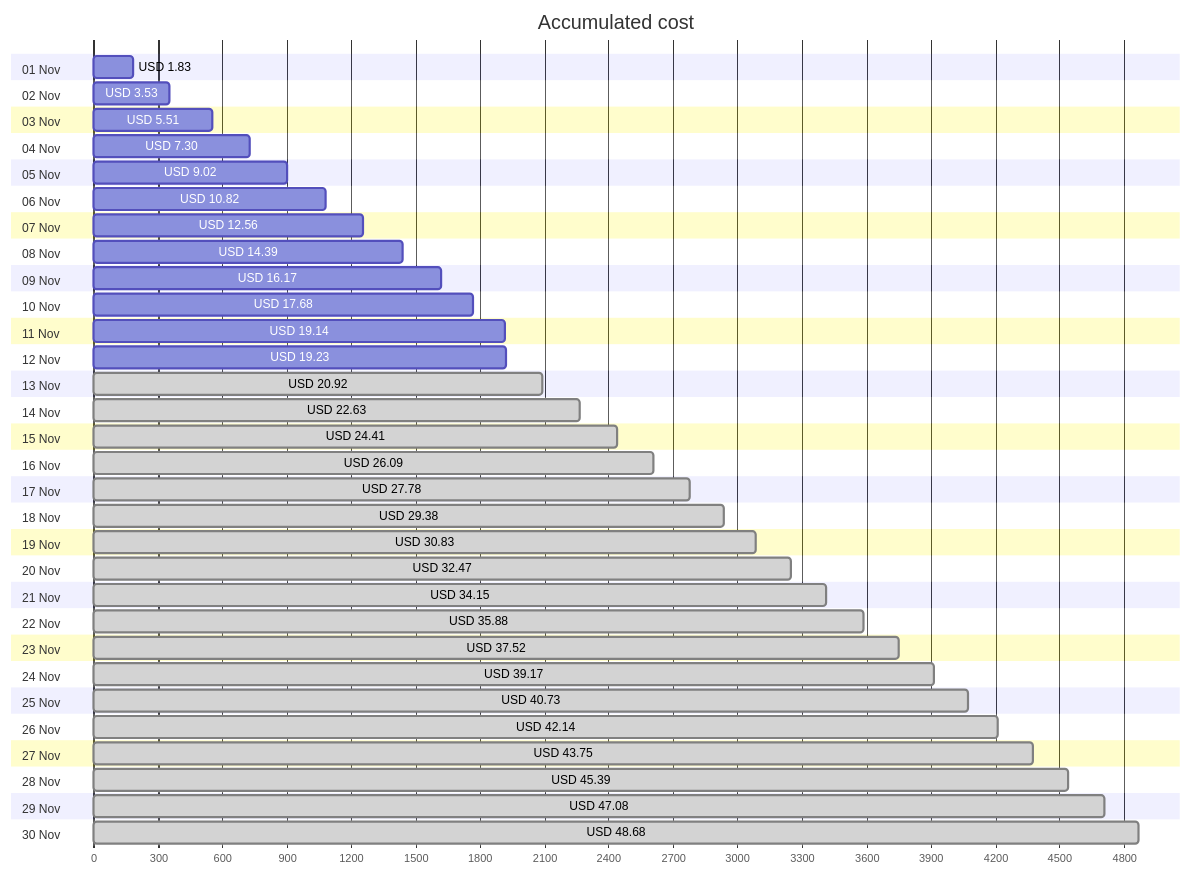
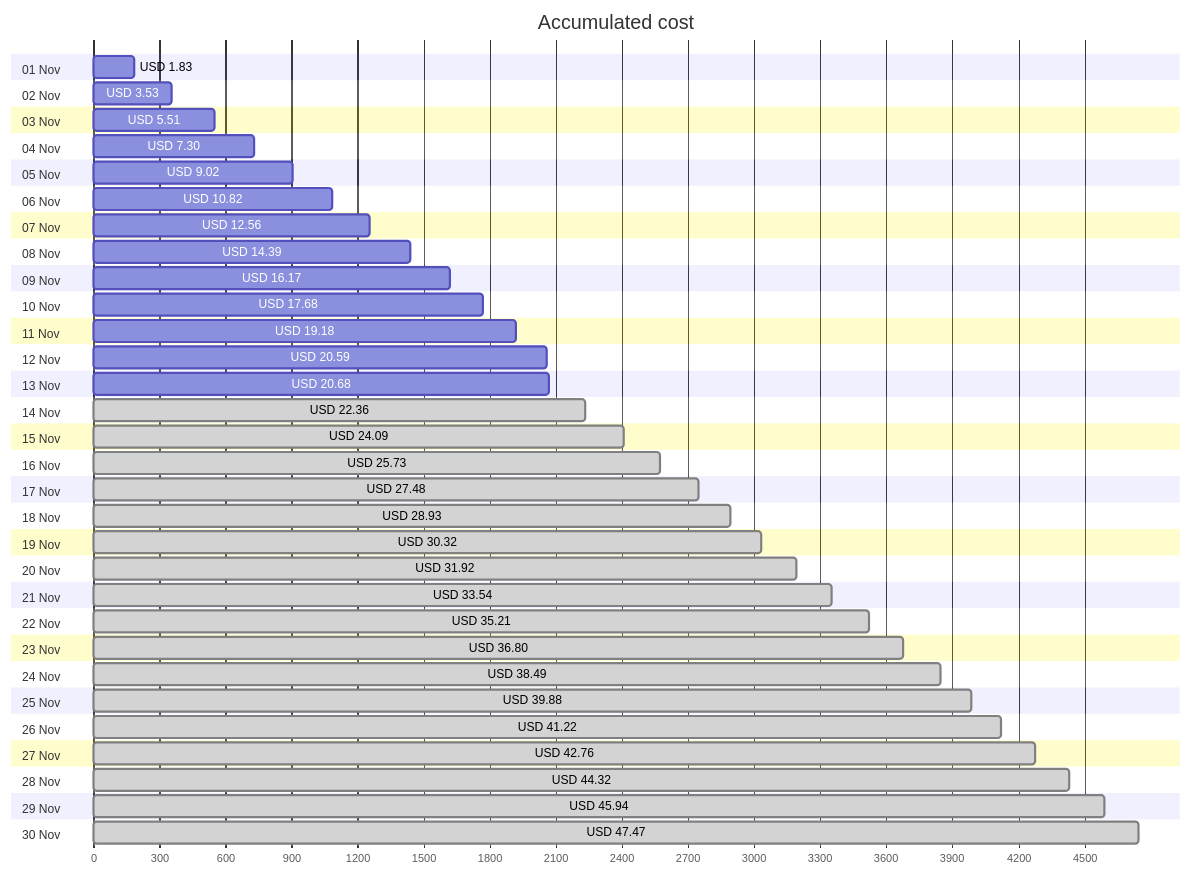
The first of 4 diagrams in cost-reports/personal-network/README.md (jpfulton/azure-personal-reports), drawn with Mermaid before and after one commit. The commit also changed other lines of this file and 8 other files, not shown here.

````diff
--- a/cost-reports/personal-network/README.md
+++ b/cost-reports/personal-network/README.md
@@ -20,66 +20,66 @@
 ```mermaid
 gantt
    title Accumulated cost
    dateFormat  X
    axisFormat %s
    section 01 Nov
    USD 1.83 :0, 183
    section 02 Nov
    USD 3.53 :0, 353
    section 03 Nov
    USD 5.51 :0, 551
    section 04 Nov
    USD 7.30 :0, 730
    section 05 Nov
    USD 9.02 :0, 902
    section 06 Nov
    USD 10.82 :0, 1082
    section 07 Nov
    USD 12.56 :0, 1256
    section 08 Nov
    USD 14.39 :0, 1439
    section 09 Nov
    USD 16.17 :0, 1617
    section 10 Nov
    USD 17.68 :0, 1768
    section 11 Nov
-   USD 19.14 :0, 1914
+   USD 19.18 :0, 1918
    section 12 Nov
-   USD 19.23 :0, 1923
+   USD 20.59 :0, 2059
    section 13 Nov
-   USD 20.92 : done, 0, 2092
+   USD 20.68 :0, 2068
    section 14 Nov
-   USD 22.63 : done, 0, 2263
+   USD 22.36 : done, 0, 2236
    section 15 Nov
-   USD 24.41 : done, 0, 2441
+   USD 24.09 : done, 0, 2409
    section 16 Nov
-   USD 26.09 : done, 0, 2609
+   USD 25.73 : done, 0, 2573
    section 17 Nov
-   USD 27.78 : done, 0, 2778
+   USD 27.48 : done, 0, 2748
    section 18 Nov
-   USD 29.38 : done, 0, 2938
+   USD 28.93 : done, 0, 2893
    section 19 Nov
-   USD 30.83 : done, 0, 3083
+   USD 30.32 : done, 0, 3032
    section 20 Nov
-   USD 32.47 : done, 0, 3247
+   USD 31.92 : done, 0, 3192
    section 21 Nov
-   USD 34.15 : done, 0, 3415
+   USD 33.54 : done, 0, 3354
    section 22 Nov
-   USD 35.88 : done, 0, 3588
+   USD 35.21 : done, 0, 3521
    section 23 Nov
-   USD 37.52 : done, 0, 3752
+   USD 36.80 : done, 0, 3680
    section 24 Nov
-   USD 39.17 : done, 0, 3917
+   USD 38.49 : done, 0, 3849
    section 25 Nov
-   USD 40.73 : done, 0, 4073
+   USD 39.88 : done, 0, 3988
    section 26 Nov
-   USD 42.14 : done, 0, 4214
+   USD 41.22 : done, 0, 4122
    section 27 Nov
-   USD 43.75 : done, 0, 4375
+   USD 42.76 : done, 0, 4276
    section 28 Nov
-   USD 45.39 : done, 0, 4539
+   USD 44.32 : done, 0, 4432
    section 29 Nov
-   USD 47.08 : done, 0, 4708
+   USD 45.94 : done, 0, 4594
    section 30 Nov
-   USD 48.68 : done, 0, 4868
+   USD 47.47 : done, 0, 4747
 ```
````
